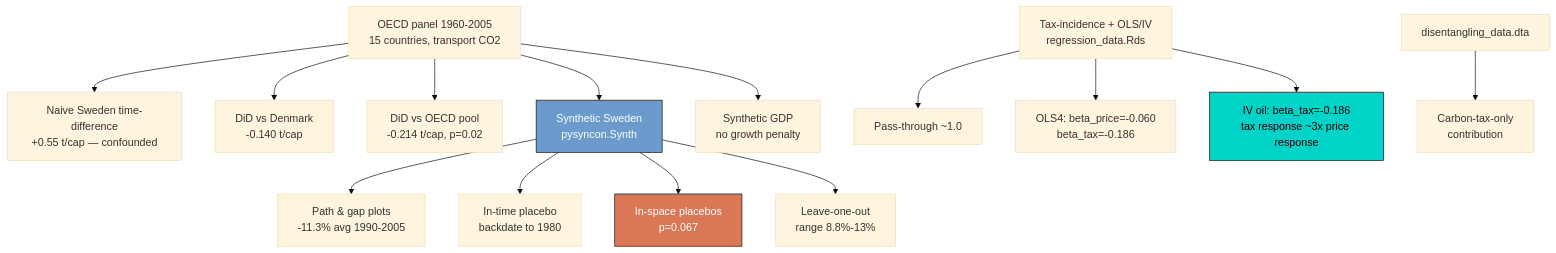
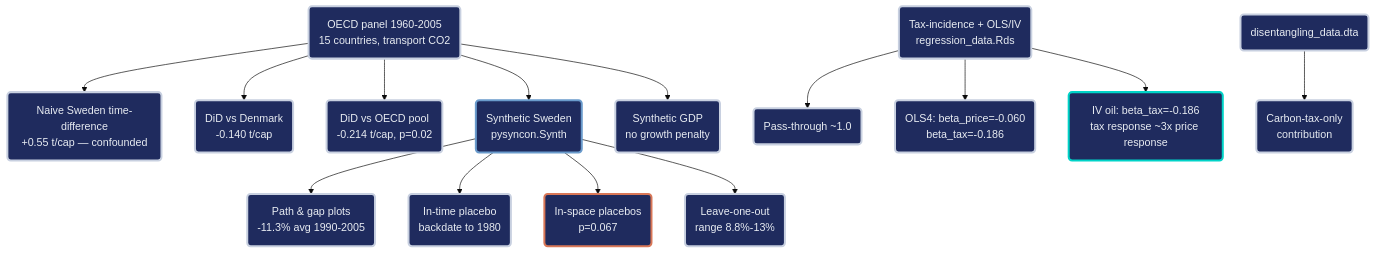
Before and after one commit to cmg777/starter-academic-v501: the diagram in content/post/python_sc_co2tax/references/tutorial.qmd, drawn with Mermaid (base theme). The commit also changed other lines of this file and 42 other files, not shown here.

First line of the commit message:
content(mermaid): restyle Mermaid copies in tutorial sources and the LaLonde slide deck

````diff
--- a/content/post/python_sc_co2tax/references/tutorial.qmd
+++ b/content/post/python_sc_co2tax/references/tutorial.qmd
@@ -98,19 +98,24 @@
 ```{mermaid}
 graph TD
-    A["OECD panel 1960-2005<br/>15 countries, transport CO2"] --> B["Naive Sweden time-difference<br/>+0.55 t/cap — confounded"]
-    A --> C["DiD vs Denmark<br/>-0.140 t/cap"]
-    A --> D["DiD vs OECD pool<br/>-0.214 t/cap, p=0.02"]
-    A --> E["Synthetic Sweden<br/>pysyncon.Synth"]
-    E --> F["Path &amp; gap plots<br/>-11.3% avg 1990-2005"]
-    E --> G["In-time placebo<br/>backdate to 1980"]
-    E --> H["In-space placebos<br/>p=0.067"]
-    E --> I["Leave-one-out<br/>range 8.8%-13%"]
-    A --> J["Synthetic GDP<br/>no growth penalty"]
-    K["Tax-incidence + OLS/IV<br/>regression_data.Rds"] --> L["Pass-through ~1.0"]
-    K --> M["OLS4: beta_price=-0.060<br/>beta_tax=-0.186"]
-    K --> N["IV oil: beta_tax=-0.186<br/>tax response ~3x price response"]
-    O["disentangling_data.dta"] --> P["Carbon-tax-only<br/>contribution"]
-    style E fill:#6a9bcc,stroke:#141413,color:#fff
-    style H fill:#d97757,stroke:#141413,color:#fff
-    style N fill:#00d4c8,stroke:#141413,color:#000
+    A("OECD panel 1960-2005<br/>15 countries, transport CO2") --> B("Naive Sweden time-difference<br/>+0.55 t/cap — confounded")
+    A --> C("DiD vs Denmark<br/>-0.140 t/cap")
+    A --> D("DiD vs OECD pool<br/>-0.214 t/cap, p=0.02")
+    A --> E("Synthetic Sweden<br/>pysyncon.Synth")
+    E --> F("Path &amp; gap plots<br/>-11.3% avg 1990-2005")
+    E --> G("In-time placebo<br/>backdate to 1980")
+    E --> H("In-space placebos<br/>p=0.067")
+    E --> I("Leave-one-out<br/>range 8.8%-13%")
+    A --> J("Synthetic GDP<br/>no growth penalty")
+    K("Tax-incidence + OLS/IV<br/>regression_data.Rds") --> L("Pass-through ~1.0")
+    K --> M("OLS4: beta_price=-0.060<br/>beta_tax=-0.186")
+    K --> N("IV oil: beta_tax=-0.186<br/>tax response ~3x price response")
+    O("disentangling_data.dta") --> P("Carbon-tax-only<br/>contribution")
+    classDef gray fill:#1f2b5e,stroke:#c8d0e0,stroke-width:3px,color:#e8ecf2
+    classDef blue fill:#1f2b5e,stroke:#6a9bcc,stroke-width:3px,color:#e8ecf2
+    classDef orange fill:#1f2b5e,stroke:#d97757,stroke-width:3px,color:#e8ecf2
+    classDef teal fill:#1f2b5e,stroke:#00d4c8,stroke-width:3px,color:#e8ecf2
+    class A,B,C,D,F,G,I,J,K,L,M,O,P gray
+    class E blue
+    class H orange
+    class N teal
 ```
````
